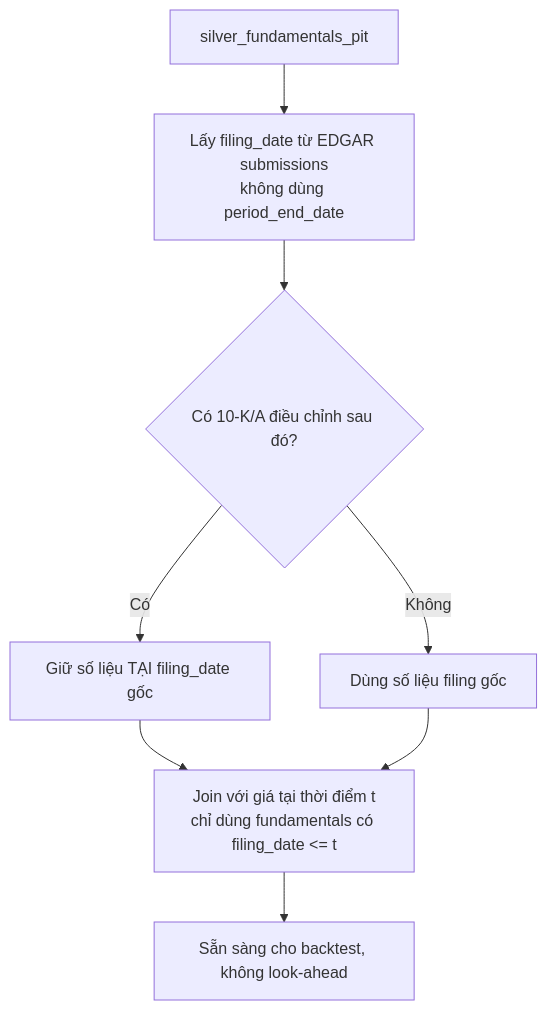
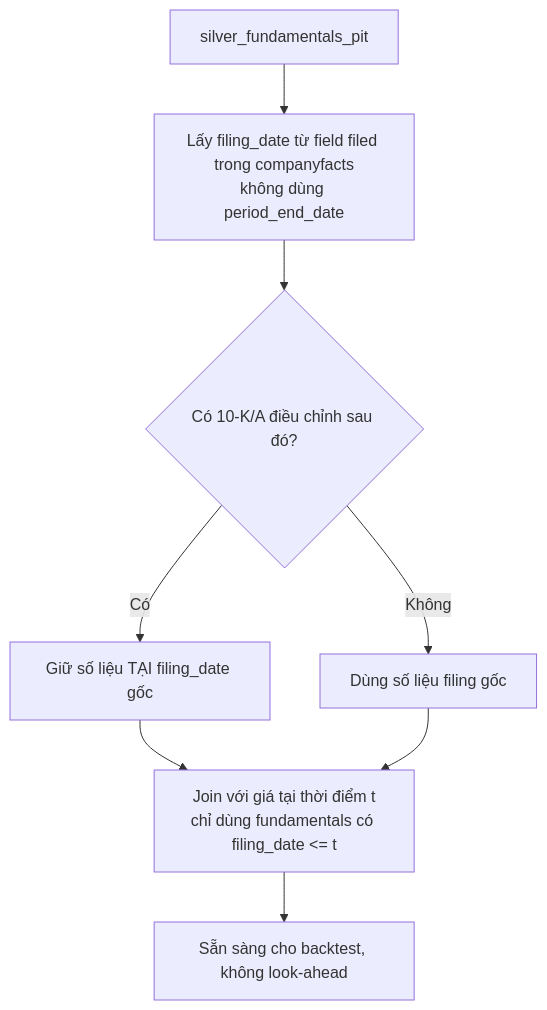
Before and after one commit to PhucTruong11/NASDAQ100-Quantamental: the third of 7 diagrams in data-flow.md, drawn with Mermaid. The commit also changed other lines of this file and 9 other files, not shown here.

````diff
--- a/data-flow.md
+++ b/data-flow.md
@@ -174,10 +173,10 @@
 ```mermaid
 graph TD
-    A[silver_fundamentals_pit] --> B[Lấy filing_date từ EDGAR submissions<br/>không dùng period_end_date]
+    A[silver_fundamentals_pit] --> B[Lấy filing_date từ field filed trong companyfacts<br/>không dùng period_end_date]
     B --> C{Có 10-K/A điều chỉnh sau đó?}
     C -- Có --> D[Giữ số liệu TẠI filing_date gốc]
     C -- Không --> E[Dùng số liệu filing gốc]
     D --> F[Join với giá tại thời điểm t<br/>chỉ dùng fundamentals có filing_date <= t]
     E --> F
     F --> G[Sẵn sàng cho backtest, không look-ahead]
 ```
````
